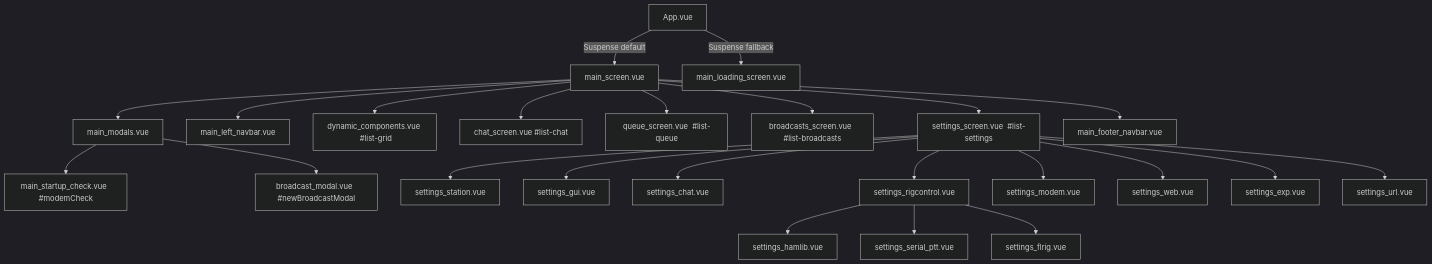
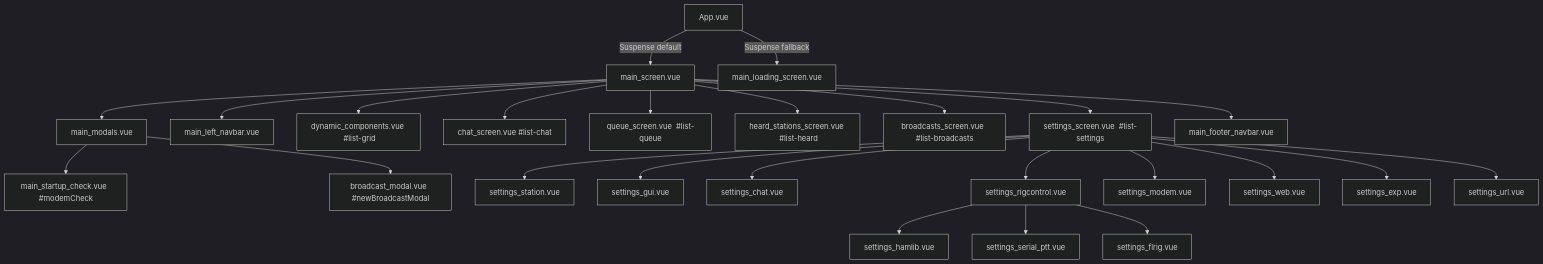
The diagram in freedata_gui/docs/screens-and-settings.md (OH2JRB/FreeDATA), drawn with Mermaid (dark theme) before and after one commit. The commit also changed other lines of this file and 5 other files, not shown here.

First line of the commit message:
Add heard stations screen to the GUI navigation

````diff
--- a/freedata_gui/docs/screens-and-settings.md
+++ b/freedata_gui/docs/screens-and-settings.md
@@ -47,26 +48,27 @@
 ```mermaid
 graph TD
   App[App.vue] -->|Suspense default| Main[main_screen.vue]
   App -->|Suspense fallback| Loading[main_loading_screen.vue]
   Main --> Modals[main_modals.vue]
   Modals --> Startup[main_startup_check.vue  #modemCheck]
   Modals --> BModal[broadcast_modal.vue  #newBroadcastModal]
   Main --> Left[main_left_navbar.vue]
   Main --> Grid[dynamic_components.vue  #list-grid]
   Main --> Chat[chat_screen.vue  #list-chat]
   Main --> Queue[queue_screen.vue  #list-queue]
+  Main --> Heard[heard_stations_screen.vue  #list-heard]
   Main --> Bc[broadcasts_screen.vue  #list-broadcasts]
   Main --> Set[settings_screen.vue  #list-settings]
   Main --> Foot[main_footer_navbar.vue]
   Set --> S1[settings_station.vue]
   Set --> S2[settings_gui.vue]
   Set --> S3[settings_chat.vue]
   Set --> S4[settings_rigcontrol.vue]
   S4 --> S41[settings_hamlib.vue]
   S4 --> S42[settings_serial_ptt.vue]
   S4 --> S43[settings_flrig.vue]
   Set --> S5[settings_modem.vue]
   Set --> S6[settings_web.vue]
   Set --> S7[settings_exp.vue]
   Set --> S8[settings_url.vue]
 ```
````
